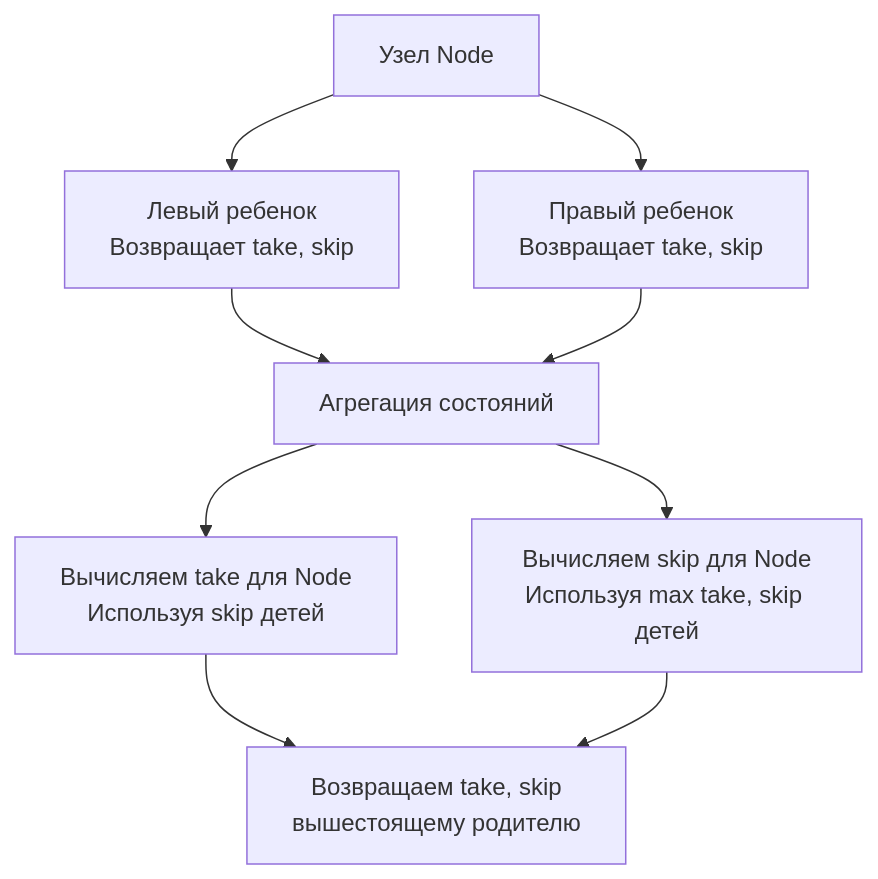
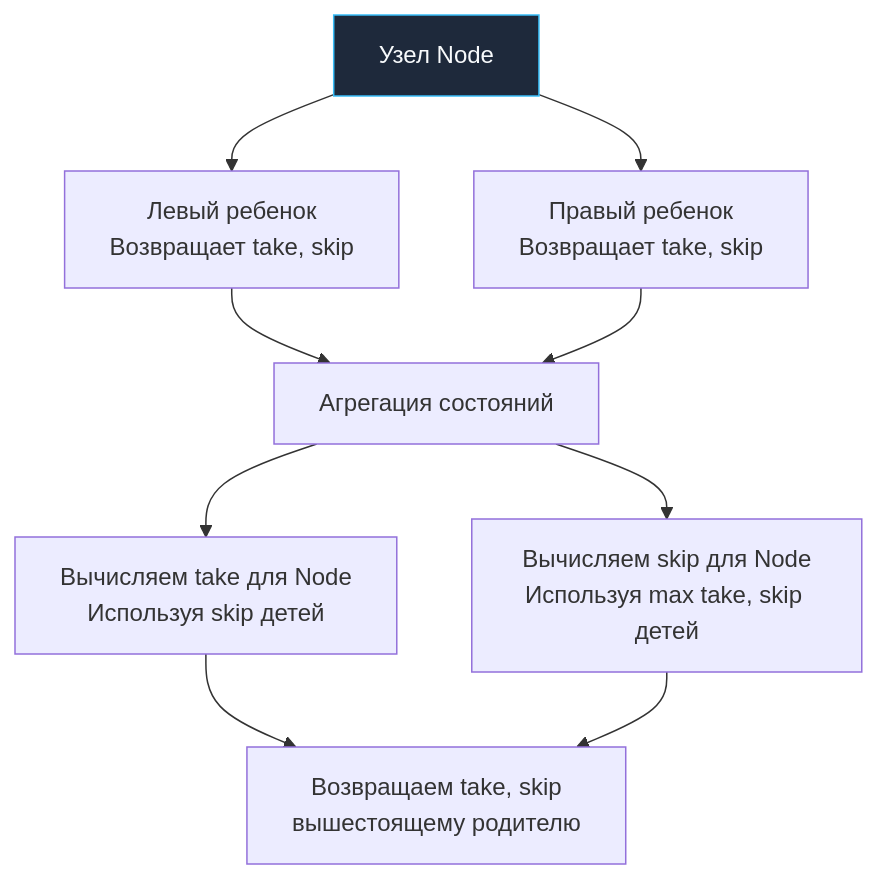
One commit to UnrealTemplier/go-textbook changed the diagram in sources/21. Задачи с LeetCode и собеседований на Go/02. Задачи/21. Динамическое программирование на деревьях/1. Теория. DP на деревьях.md. Above: the diagram before and after it, drawn with Mermaid. The commit also changed 1666 other files, not shown here.

First line of the commit message:
feat(mermaid): add semantic color classDef to 1369 colorless flowchart/graph diagrams

````diff
--- a/sources/21. Задачи с LeetCode и собеседований на Go/02. Задачи/21. Динамическое программирование на деревьях/1. Теория. DP на деревьях.md
+++ b/sources/21. Задачи с LeetCode и собеседований на Go/02. Задачи/21. Динамическое программирование на деревьях/1. Теория. DP на деревьях.md
@@ -18,14 +18,24 @@
 ```mermaid
 flowchart TD
-    A["Узел Node"] --> B["Левый ребенок<br>Возвращает take, skip"]
+    classDef process  fill:#1e293b,stroke:#38bdf8,stroke-width:1px,color:#f8fafc
+    classDef success  fill:#064e3b,stroke:#34d399,stroke-width:1px,color:#f8fafc
+    classDef error    fill:#7f1d1d,stroke:#f87171,stroke-width:1px,color:#f8fafc
+    classDef warning  fill:#78350f,stroke:#fbbf24,stroke-width:1px,color:#f8fafc
+    classDef entry    fill:#1e3a5f,stroke:#38bdf8,stroke-width:2px,color:#f8fafc
+    classDef aux      fill:#334155,stroke:#64748b,stroke-width:1px,color:#f8fafc
+    classDef system   fill:#312e81,stroke:#a78bfa,stroke-width:1px,color:#f8fafc
+    classDef data     fill:#132d29,stroke:#2dd4bf,stroke-width:1px,color:#f8fafc
+    classDef network  fill:#881337,stroke:#fb7185,stroke-width:1px,color:#f8fafc
+    classDef accent   fill:#1e1b4b,stroke:#818cf8,stroke-width:1px,color:#f8fafc
+    A["Узел Node"]:::process --> B["Левый ребенок<br>Возвращает take, skip"]
     A --> C["Правый ребенок<br>Возвращает take, skip"]
     
     B --> D["Агрегация состояний"]
     C --> D
     
     D --> E["Вычисляем take для Node<br>Используя skip детей"]
     D --> F["Вычисляем skip для Node<br>Используя max take, skip детей"]
     
     E --> G["Возвращаем take, skip<br>вышестоящему родителю"]
     F --> G
 ```
````
